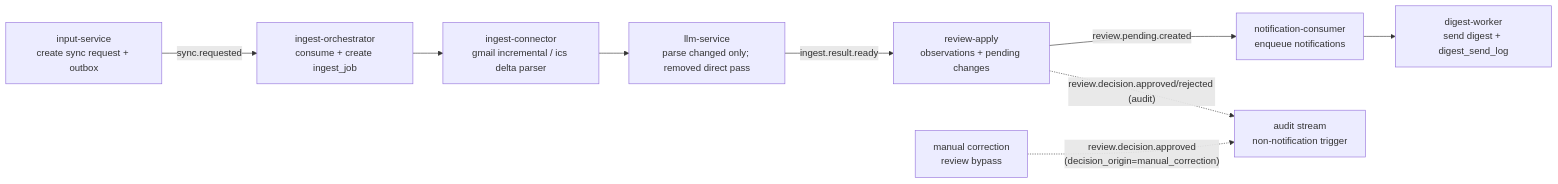
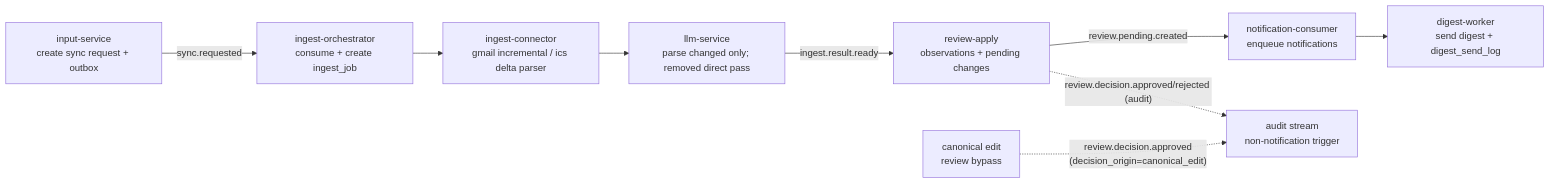
The diagram in docs/dataflow_input_to_notification.md (lishehao-ctrl/CalendarDIFF), drawn with Mermaid before and after one commit. The commit also changed other lines of this file and 45 other files, not shown here.

````diff
--- a/docs/dataflow_input_to_notification.md
+++ b/docs/dataflow_input_to_notification.md
@@ -22,11 +22,11 @@
 ```mermaid
 flowchart LR
     A["input-service\ncreate sync request + outbox"] -->|"sync.requested"| B["ingest-orchestrator\nconsume + create ingest_job"]
     B --> C["ingest-connector\ngmail incremental / ics delta parser"]
     C --> D["llm-service\nparse changed only; removed direct pass"]
     D -->|"ingest.result.ready"| E["review-apply\nobservations + pending changes"]
     E -->|"review.pending.created"| F["notification-consumer\nenqueue notifications"]
     F --> G["digest-worker\nsend digest + digest_send_log"]
     E -.->|"review.decision.approved/rejected (audit)"| H["audit stream\nnon-notification trigger"]
-    I["manual correction\nreview bypass"] -.->|"review.decision.approved\n(decision_origin=manual_correction)"| H
+    I["canonical edit\nreview bypass"] -.->|"review.decision.approved\n(decision_origin=canonical_edit)"| H
 ```
````
